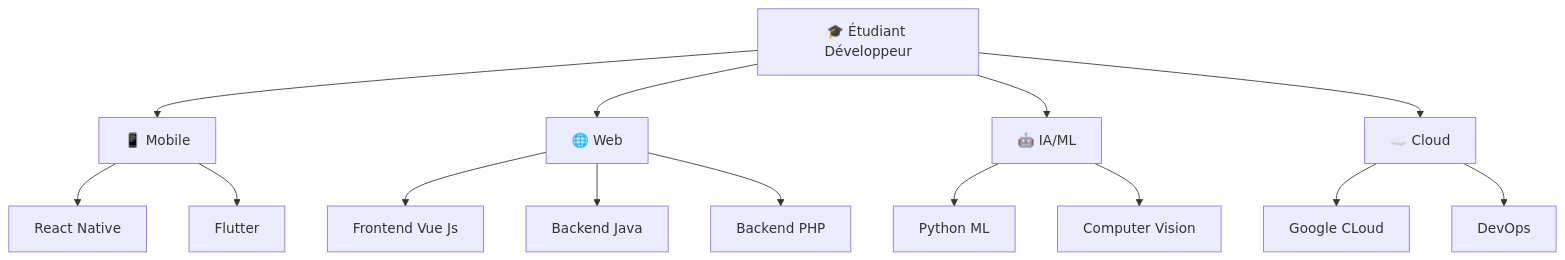
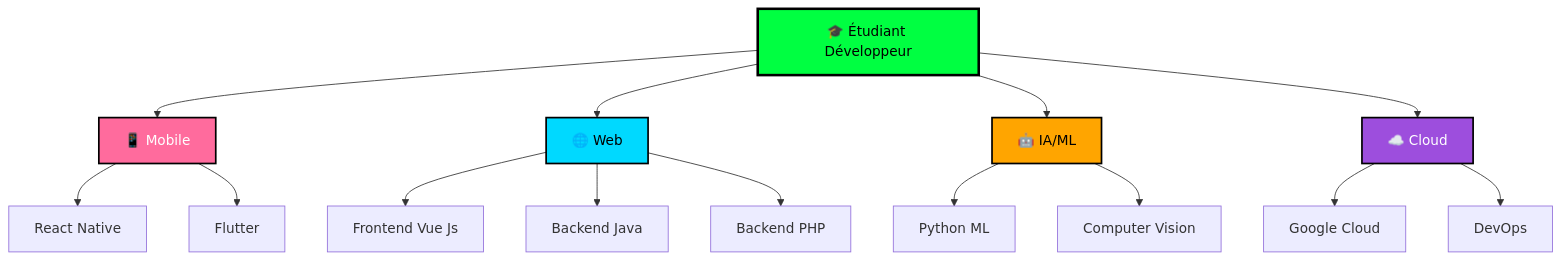
The diagram in README.md (antsamadagascar/antsamadagascar), drawn with Mermaid before and after one commit. The commit also changed other lines of this file, not shown here.

````diff
--- a/README.md
+++ b/README.md
@@ -341,20 +507,26 @@
 ```mermaid
 graph TB
     A[🎓 Étudiant Développeur] --> B[📱 Mobile]
     A --> C[🌐 Web]
     A --> D[🤖 IA/ML]
     A --> E[☁️ Cloud]
     
     B --> B1[React Native]
     B --> B2[Flutter]
     
     C --> C1[Frontend Vue Js]
     C --> C2[Backend Java]
     C --> C3[Backend PHP]
     
     D --> D1[Python ML]
     D --> D2[Computer Vision]
     
-    E --> E1[Google CLoud]
+    E --> E1[Google Cloud]
     E --> E2[DevOps]
+    
+    style A fill:#00ff41,stroke:#000,stroke-width:3px,color:#000
+    style B fill:#ff6b9d,stroke:#000,stroke-width:2px,color:#fff
+    style C fill:#00d9ff,stroke:#000,stroke-width:2px,color:#000
+    style D fill:#ffa500,stroke:#000,stroke-width:2px,color:#000
+    style E fill:#9d4edd,stroke:#000,stroke-width:2px,color:#fff
 ```
````
